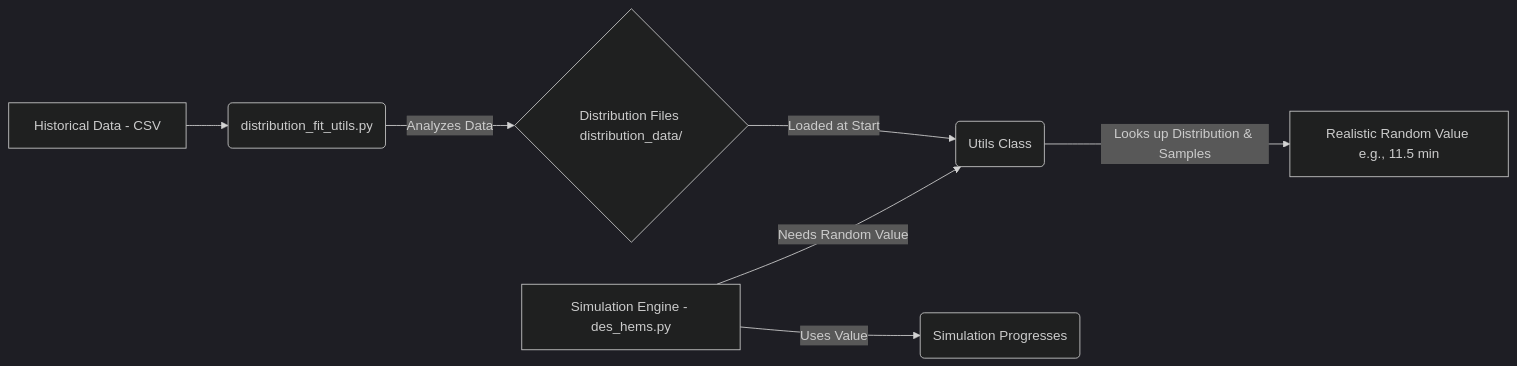
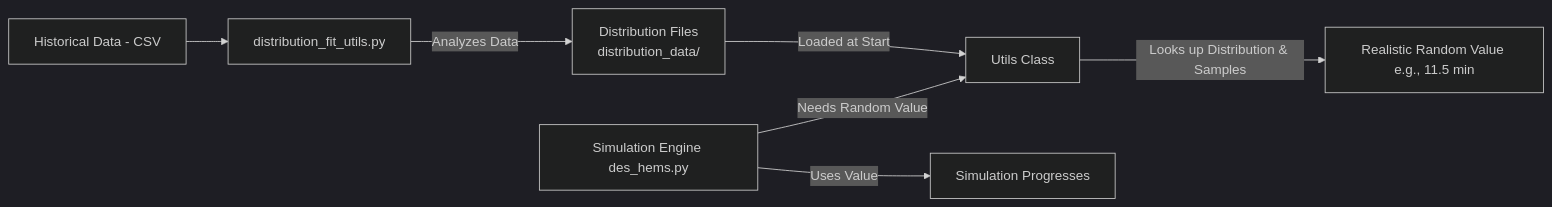
One commit to Bergam0t/DAA_DES_repo_docs_TEST changed the diagram in 06_stochastic_modeling__distributions__.qmd. Above: the diagram before and after it, drawn with Mermaid (dark theme). The commit also changed 6 other files, not shown here.

Commit message:
Diagram and bash snippet fixes

````diff
--- a/06_stochastic_modeling__distributions__.qmd
+++ b/06_stochastic_modeling__distributions__.qmd
@@ -208,9 +208,9 @@
 ```{mermaid}
 graph LR
-    A["Historical Data - CSV"] --> B("distribution_fit_utils.py");
-    B -- Analyzes Data --> C{"Distribution Files distribution_data/"};
-    C -- Loaded at Start --> D("Utils Class");
-    E["Simulation Engine - des_hems.py"] -- Needs Random Value --> D;
-    D -- Looks up Distribution & Samples --> F["Realistic Random Value e.g., 11.5 min"];
-    E -- Uses Value --> G("Simulation Progresses");
+    A["Historical Data - CSV"] --> B["distribution_fit_utils.py"]
+    B -- Analyzes Data --> C["Distribution Files<br>distribution_data/"]
+    C -- Loaded at Start --> D["Utils Class"]
+    E["Simulation Engine des_hems.py"] -- Needs Random Value --> D
+    D -- Looks up Distribution & Samples --> F["Realistic Random Value e.g., 11.5 min"]
+    E -- Uses Value --> G["Simulation Progresses"]
 ```
````
